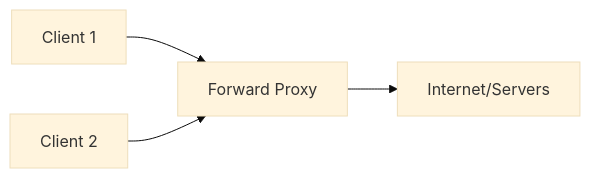
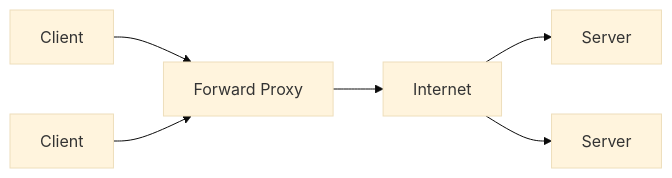
One commit to spawn08/system-design-interview changed the third of 4 diagrams in basics/networking.md. Above: the diagram before and after it, drawn with Mermaid (base theme). The commit also changed other lines of this file and 4 other files, not shown here.

````diff
--- a/basics/networking.md
+++ b/basics/networking.md
@@ -415,6 +764,8 @@
 ```mermaid
 flowchart LR
-    Client1[Client 1] --> Proxy[Forward Proxy]
-    Client2[Client 2] --> Proxy
-    Proxy --> Internet[Internet/Servers]
+    Client1[Client] --> Proxy[Forward Proxy]
+    Client2[Client] --> Proxy
+    Proxy --> Internet[Internet]
+    Internet --> Server1[Server]
+    Internet --> Server2[Server]
 ```
````
